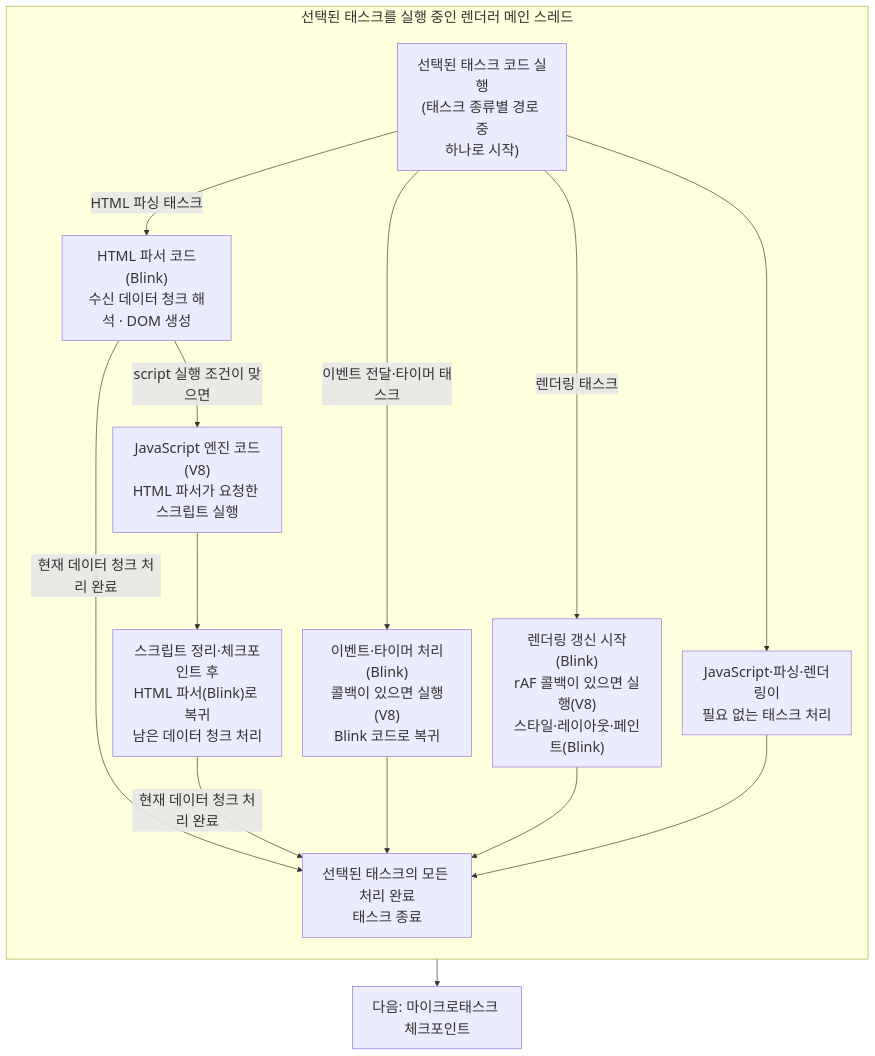
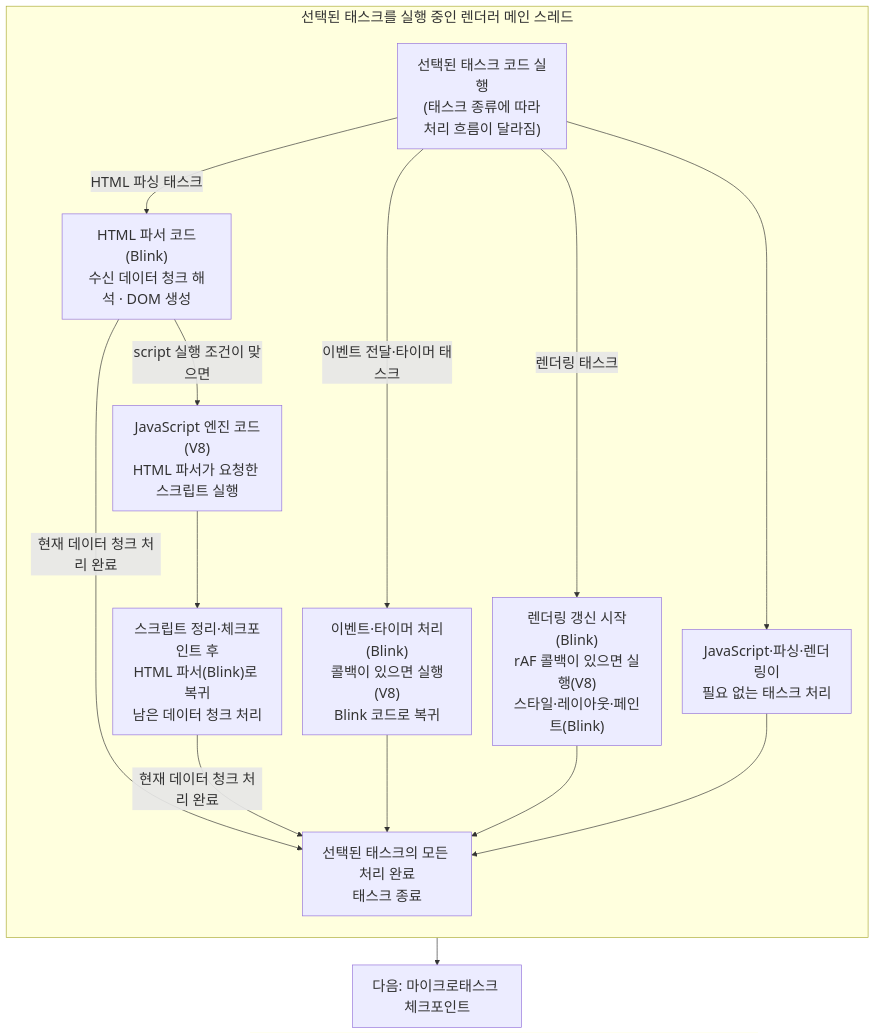
The third of 3 diagrams in docs/frontend-study/06-main-thread-call-stack-and-event-loop.md (lee-gimoon/futures-paper-trading), drawn with Mermaid before and after one commit. The commit also changed other lines of this file, not shown here.

Commit message:
docs: simplify browser task flow explanation

````diff
--- a/docs/frontend-study/06-main-thread-call-stack-and-event-loop.md
+++ b/docs/frontend-study/06-main-thread-call-stack-and-event-loop.md
@@ -111,29 +111,29 @@
 ```mermaid
 %%{init: {"themeVariables": {"fontSize": "22px"}, "flowchart": {"nodeSpacing": 32, "rankSpacing": 42, "subGraphTitleMargin": {"top": 0, "bottom": 24}}}}%%
 flowchart TB
   subgraph MAIN["선택된 태스크를 실행 중인 렌더러 메인 스레드"]
     direction TB
-    TASK["선택된 태스크 코드 실행<br/>(태스크 종류별 경로 중<br/>하나로 시작)"]
+    TASK["선택된 태스크 코드 실행<br/>(태스크 종류에 따라<br/>처리 흐름이 달라짐)"]
     PARSER["HTML 파서 코드(Blink)<br/>수신 데이터 청크 해석 · DOM 생성"]
     SCRIPT_JS["JavaScript 엔진 코드(V8)<br/>HTML 파서가 요청한 스크립트 실행"]
     PARSER_RESUME["스크립트 정리·체크포인트 후<br/>HTML 파서(Blink)로 복귀<br/>남은 데이터 청크 처리"]
     TASK_JS["이벤트·타이머 처리(Blink)<br/>콜백이 있으면 실행(V8)<br/>Blink 코드로 복귀"]
     RENDER_CODE["렌더링 갱신 시작(Blink)<br/>rAF 콜백이 있으면 실행(V8)<br/>스타일·레이아웃·페인트(Blink)"]
     OTHER["JavaScript·파싱·렌더링이<br/>필요 없는 태스크 처리"]
     TASK_DONE["선택된 태스크의 모든 처리 완료<br/>태스크 종료"]
 
     TASK -->|"HTML 파싱 태스크"| PARSER
     PARSER -->|"script 실행 조건이 맞으면"| SCRIPT_JS
     PARSER -->|"현재 데이터 청크 처리 완료"| TASK_DONE
     SCRIPT_JS --> PARSER_RESUME
     PARSER_RESUME -->|"현재 데이터 청크 처리 완료"| TASK_DONE
     TASK -->|"이벤트 전달·타이머 태스크"| TASK_JS
     TASK_JS --> TASK_DONE
     TASK -->|"렌더링 태스크"| RENDER_CODE
     RENDER_CODE --> TASK_DONE
     TASK --> OTHER
     OTHER --> TASK_DONE
   end
 
   TASK_DONE --> CHECKPOINT["다음: 마이크로태스크 체크포인트"]
 ```
````
